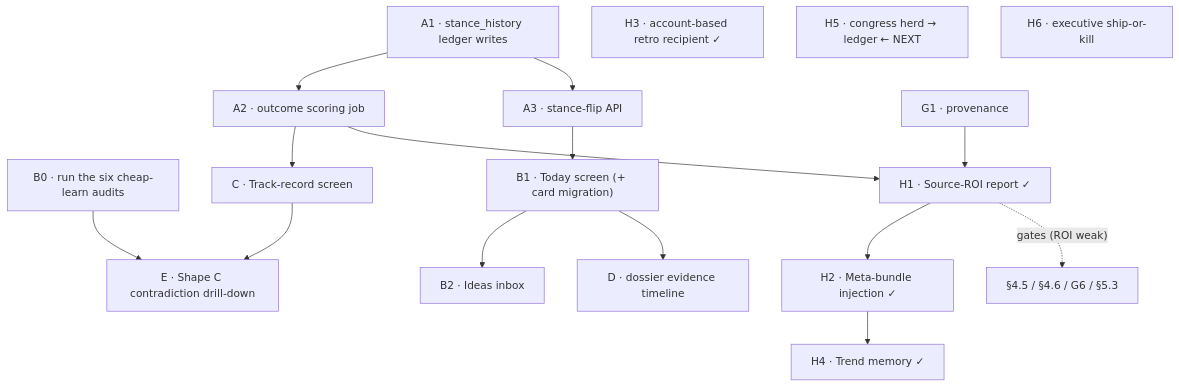
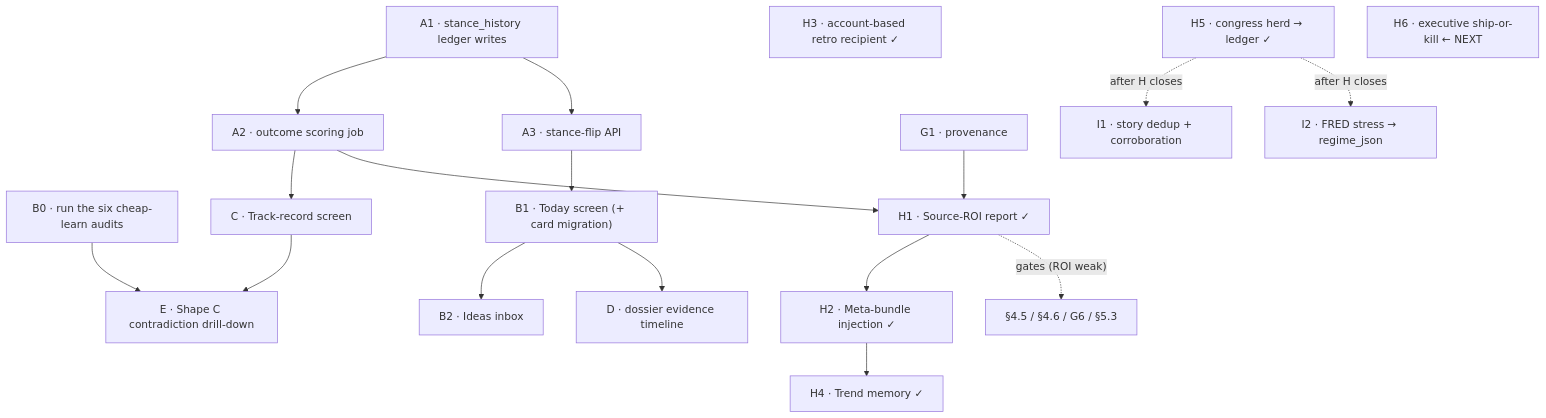
One commit to CreamyG31337/Portfolio-AI changed the second of 2 diagrams in docs/ROADMAP.md. Above: the diagram before and after it, drawn with Mermaid. The commit also changed other lines of this file and 5 other files, not shown here.

First line of the commit message:
feat: record congress herd stances and add Phase I backlog

````diff
--- a/docs/ROADMAP.md
+++ b/docs/ROADMAP.md
@@ -599,19 +600,21 @@
 ```mermaid
 flowchart TD
     A1["A1 · stance_history ledger writes"] --> A2["A2 · outcome scoring job"]
     A1 --> A3["A3 · stance-flip API"]
     B0["B0 · run the six cheap-learn audits"] --> E1["E · Shape C contradiction drill-down"]
     A3 --> B1["B1 · Today screen (+ card migration)"]
     B1 --> B2["B2 · Ideas inbox"]
     A2 --> C1["C · Track-record screen"]
     B1 --> D1["D · dossier evidence timeline"]
     C1 --> E1
     G1["G1 · provenance"] --> H1["H1 · Source-ROI report ✓"]
     A2 --> H1
     H1 --> H2["H2 · Meta-bundle injection ✓"]
     H1 -.->|"gates (ROI weak)"| F56["§4.5 / §4.6 / G6 / §5.3"]
     H3["H3 · account-based retro recipient ✓"]
     H2 --> H4["H4 · Trend memory ✓"]
-    H5["H5 · congress herd → ledger ← NEXT"]
-    H6["H6 · executive ship-or-kill"]
+    H5["H5 · congress herd → ledger ✓"]
+    H6["H6 · executive ship-or-kill ← NEXT"]
+    H5 -.->|"after H closes"| I1["I1 · story dedup + corroboration"]
+    H5 -.->|"after H closes"| I2["I2 · FRED stress → regime_json"]
 ```
````
